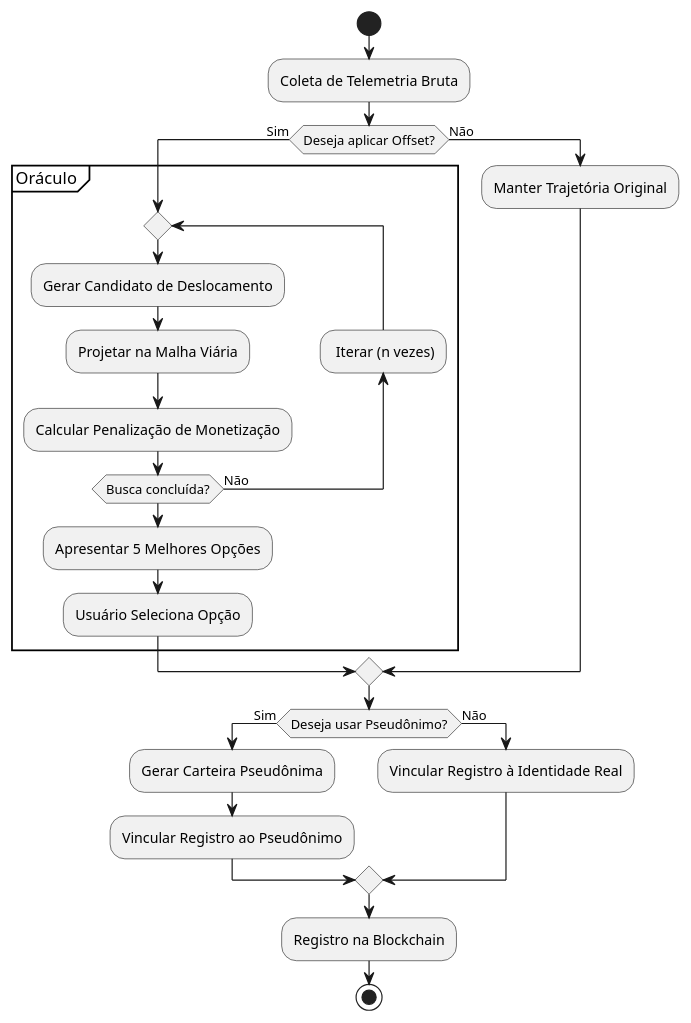
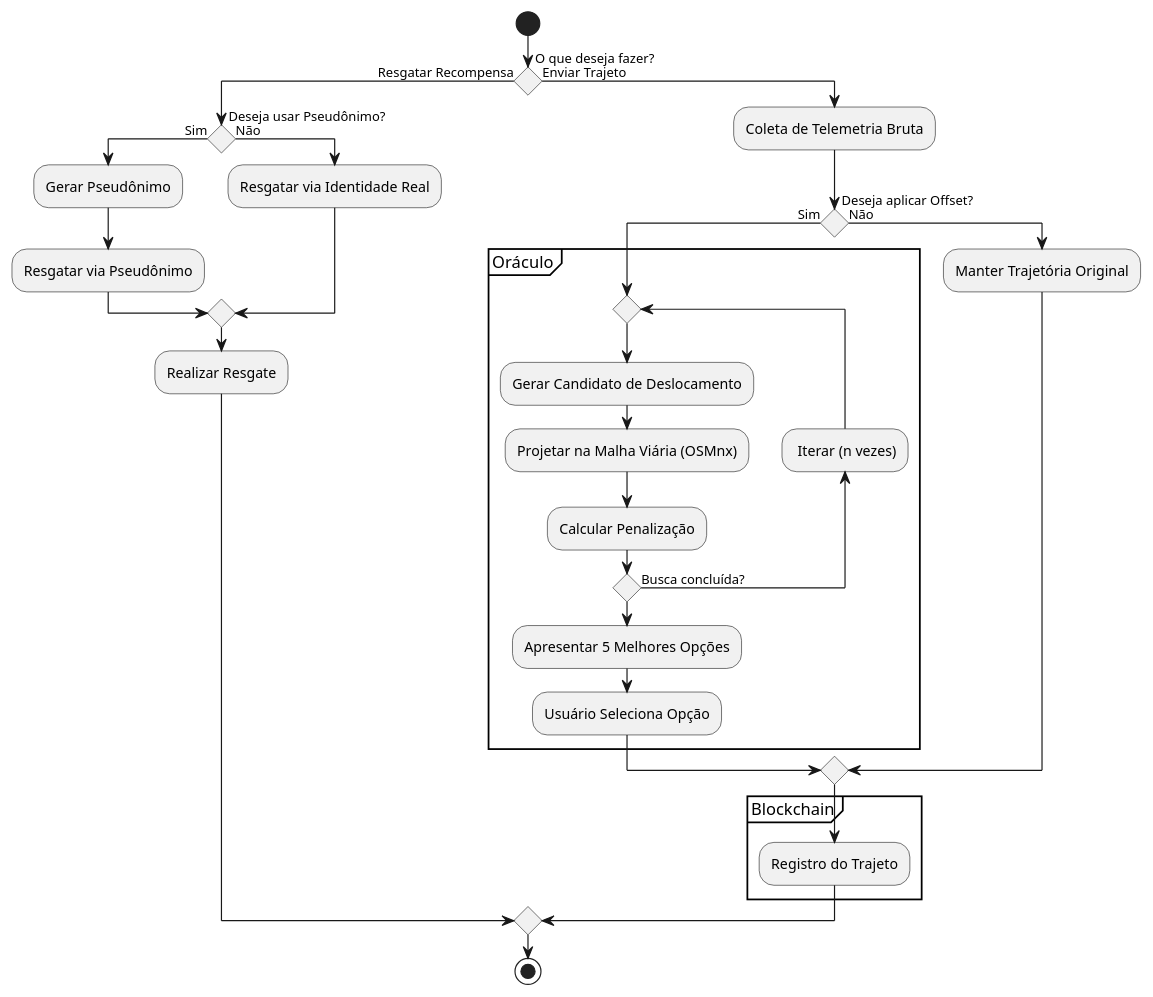
The diagram in contracts/privacy/DIAGRAMAS/diagramas/diagrama-offset.puml (Victor07july/besu-blockchain-inmetro), drawn with PlantUML before and after one commit. The commit also changed 143 other files, not shown here.

```diff
--- a/contracts/privacy/DIAGRAMAS/diagramas/diagrama-offset.puml
+++ b/contracts/privacy/DIAGRAMAS/diagramas/diagrama-offset.puml
@@ -1,36 +1,38 @@
 @startuml
 skinparam monochrome true
 skinparam shadowing false
 skinparam defaultFontName Arial
+skinparam conditionStyle diamond
 
 start
-:Coleta de Telemetria Bruta;
-
-if (Deseja aplicar Offset?) then (Sim)
-  partition "Oráculo " {
-    repeat
-      :Gerar Candidato de Deslocamento;
-      :Projetar na Malha Viária;
-      :Calcular Penalização de Monetização;
-    backward: Iterar (n vezes);
-    repeat while (Busca concluída?) is (Não)
-    :Apresentar 5 Melhores Opções;
-    :Usuário Seleciona Opção;
+if (O que deseja fazer?) then (Resgatar Recompensa)
+  if (Deseja usar Pseudônimo?) then (Sim)
+    :Gerar Pseudônimo;
+    :Resgatar via Pseudônimo;
+  else (Não)
+    :Resgatar via Identidade Real;
+  endif
+  :Realizar Resgate;
+else (Enviar Trajeto)
+  :Coleta de Telemetria Bruta;
+  if (Deseja aplicar Offset?) then (Sim)
+    partition "Oráculo" {
+      repeat
+        :Gerar Candidato de Deslocamento;
+        :Projetar na Malha Viária (OSMnx);
+        :Calcular Penalização;
+      backward: Iterar (n vezes);
+      repeat while (Busca concluída?) is (Não)
+      :Apresentar 5 Melhores Opções;
+      :Usuário Seleciona Opção;
+    }
+  else (Não)
+    :Manter Trajetória Original;
+  endif
+  
+  partition "Blockchain" {
+    :Registro do Trajeto;
   }
-else (Não)
-  :Manter Trajetória Original;
-
 endif
-
-if (Deseja usar Pseudônimo?) then (Sim)
-  :Gerar Carteira Pseudônima;
-  :Vincular Registro ao Pseudônimo;
-
-else (Não)
-  :Vincular Registro à Identidade Real;
-
-endif
-
-:Registro na Blockchain;
 stop
 @enduml
```
